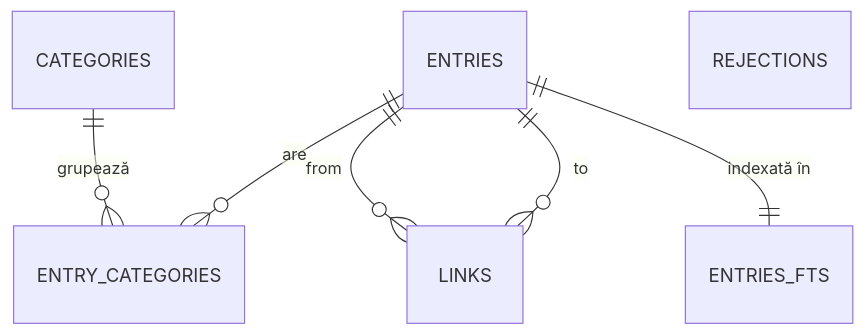
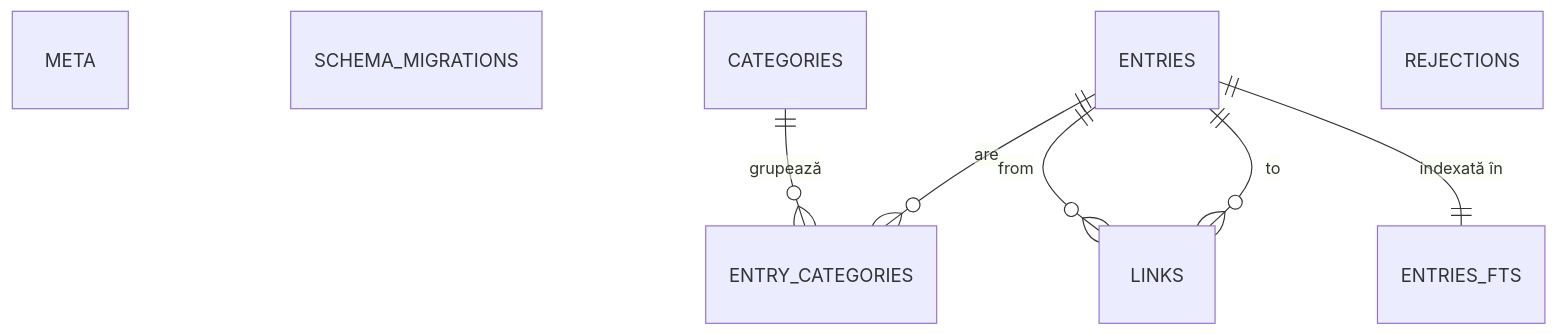
One commit to Lwcka/whenkit changed the third of 3 diagrams in _bmad-output/initiative-whenkit-mvp/architecture-whenkit/architecture-whenkit.md. Above: the diagram before and after it, drawn with Mermaid. The commit also changed other lines of this file and 16 other files, not shown here.

````diff
--- a/_bmad-output/initiative-whenkit-mvp/architecture-whenkit/architecture-whenkit.md
+++ b/_bmad-output/initiative-whenkit-mvp/architecture-whenkit/architecture-whenkit.md
@@ -188,9 +240,11 @@
 ```mermaid
 erDiagram
+  META
+  SCHEMA_MIGRATIONS
   ENTRIES ||--o{ ENTRY_CATEGORIES : "are"
   CATEGORIES ||--o{ ENTRY_CATEGORIES : "grupează"
   ENTRIES ||--o{ LINKS : "from"
   ENTRIES ||--o{ LINKS : "to"
   ENTRIES ||--|| ENTRIES_FTS : "indexată în"
   REJECTIONS
 ```
````
